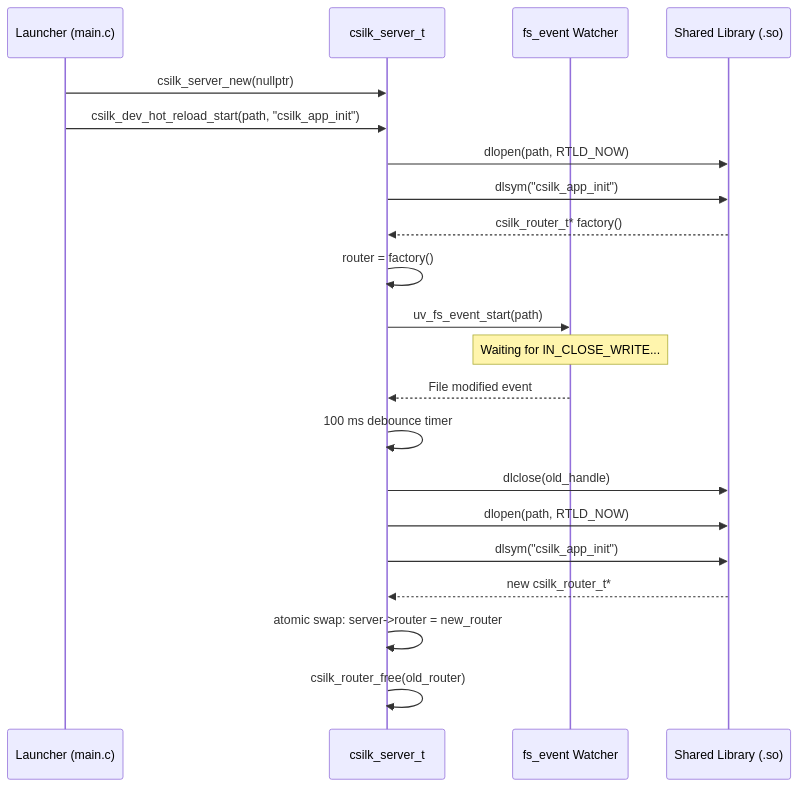
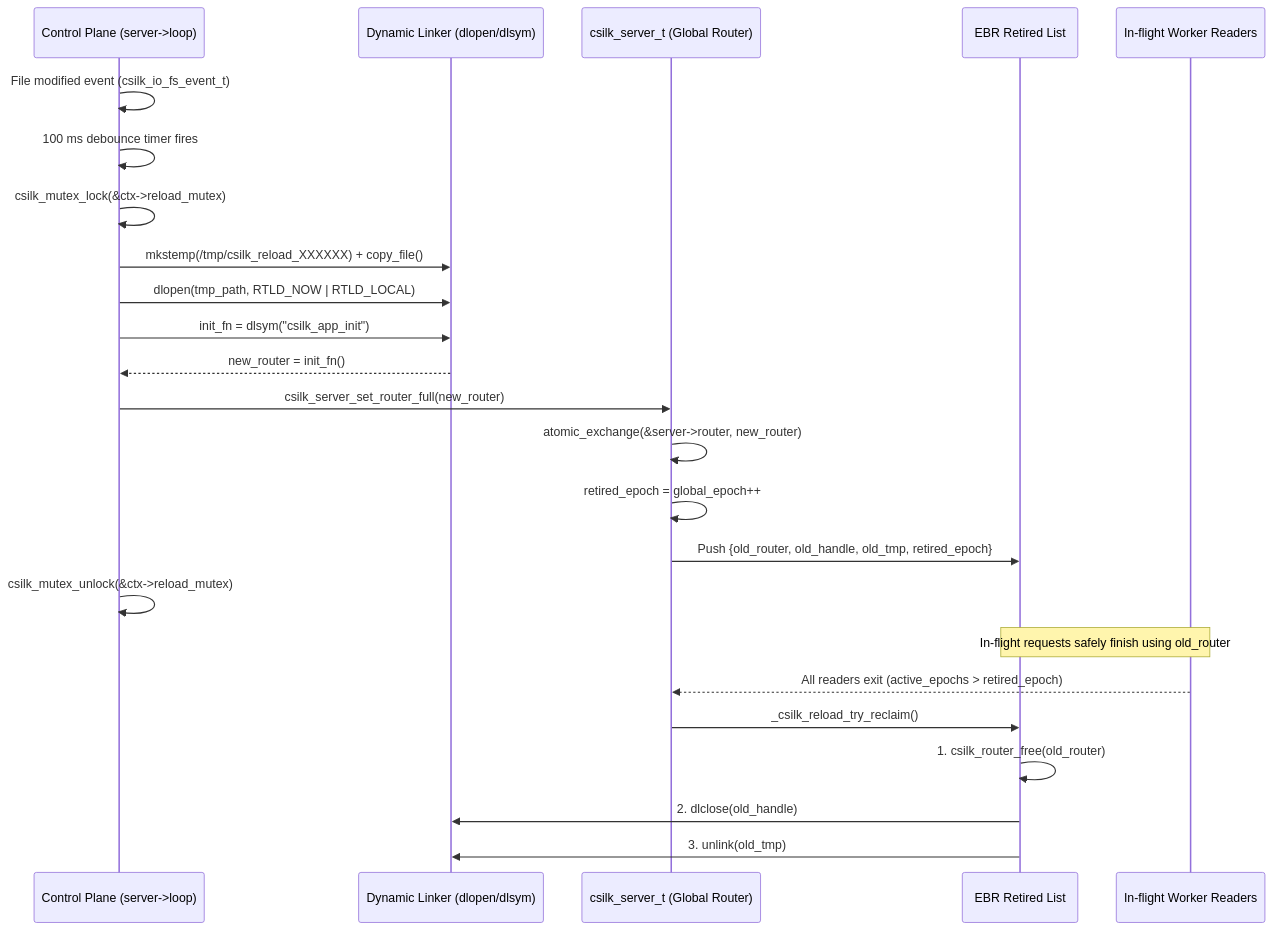
One commit to quintin-lee/csilk changed the diagram in docs/design/hot-reload.md. Above: the diagram before and after it, drawn with Mermaid. The commit also changed other lines of this file and 5 other files, not shown here.

Commit message:
docs(all): 📝 synchronize architectural documentation, changelogs, and design specs with codebase

````diff
--- a/docs/design/hot-reload.md
+++ b/docs/design/hot-reload.md
@@ -18,25 +19,28 @@
 ```mermaid
 sequenceDiagram
-    participant Launcher as Launcher (main.c)
-    participant Server as csilk_server_t
-    participant Watcher as fs_event Watcher
-    participant Lib as Shared Library (.so)
+    participant ControlPlane as Control Plane (server->loop)
+    participant Linker as Dynamic Linker (dlopen/dlsym)
+    participant Server as csilk_server_t (Global Router)
+    participant EBR as EBR Retired List
+    participant Readers as In-flight Worker Readers
 
-    Launcher->>Server: csilk_server_new(nullptr)
-    Launcher->>Server: csilk_dev_hot_reload_start(path, "csilk_app_init")
-    Server->>Lib: dlopen(path, RTLD_NOW)
-    Server->>Lib: dlsym("csilk_app_init")
-    Lib-->>Server: csilk_router_t* factory()
-    Server->>Server: router = factory()
-    Server->>Watcher: uv_fs_event_start(path)
-    Note over Watcher: Waiting for IN_CLOSE_WRITE...
-
-    Watcher-->>Server: File modified event
-    Server->>Server: 100 ms debounce timer
-    Server->>Lib: dlclose(old_handle)
-    Server->>Lib: dlopen(path, RTLD_NOW)
-    Server->>Lib: dlsym("csilk_app_init")
-    Lib-->>Server: new csilk_router_t*
-    Server->>Server: atomic swap: server->router = new_router
-    Server->>Server: csilk_router_free(old_router)
+    ControlPlane->>ControlPlane: File modified event (csilk_io_fs_event_t)
+    ControlPlane->>ControlPlane: 100 ms debounce timer fires
+    ControlPlane->>ControlPlane: csilk_mutex_lock(&ctx->reload_mutex)
+    ControlPlane->>Linker: mkstemp(/tmp/csilk_reload_XXXXXX) + copy_file()
+    ControlPlane->>Linker: dlopen(tmp_path, RTLD_NOW | RTLD_LOCAL)
+    ControlPlane->>Linker: init_fn = dlsym("csilk_app_init")
+    Linker-->>ControlPlane: new_router = init_fn()
+    ControlPlane->>Server: csilk_server_set_router_full(new_router)
+    Server->>Server: atomic_exchange(&server->router, new_router)
+    Server->>Server: retired_epoch = global_epoch++
+    Server->>EBR: Push {old_router, old_handle, old_tmp, retired_epoch}
+    ControlPlane->>ControlPlane: csilk_mutex_unlock(&ctx->reload_mutex)
+    
+    Note over Readers,EBR: In-flight requests safely finish using old_router
+    Readers-->>Server: All readers exit (active_epochs > retired_epoch)
+    Server->>EBR: _csilk_reload_try_reclaim()
+    EBR->>EBR: 1. csilk_router_free(old_router)
+    EBR->>Linker: 2. dlclose(old_handle)
+    EBR->>Linker: 3. unlink(old_tmp)
 ```
````
